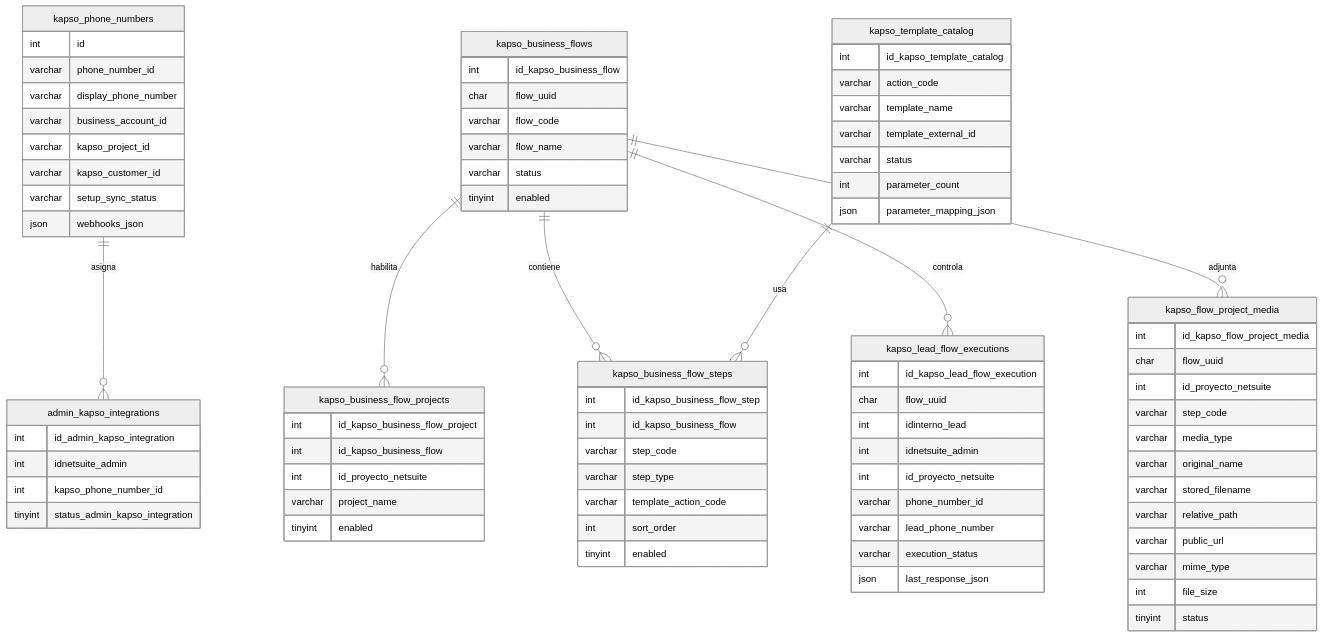
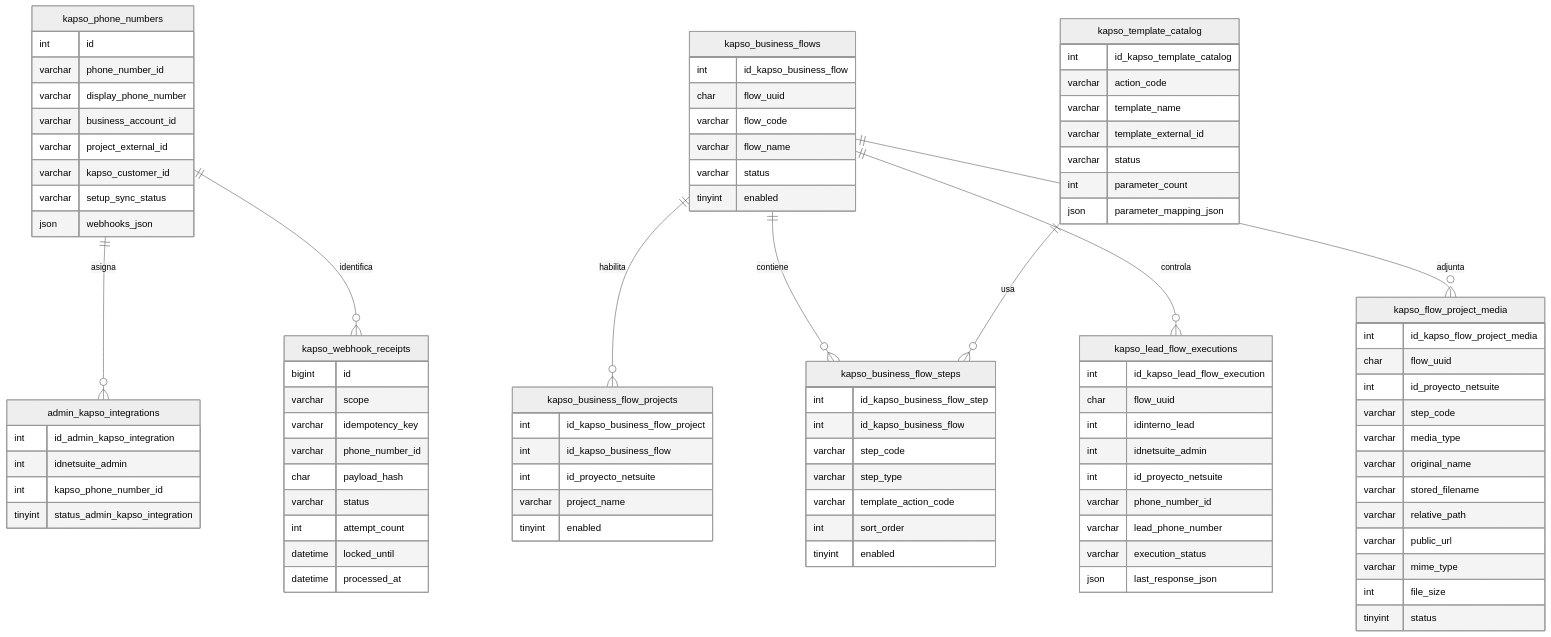
Before and after one commit to roccacr/CRM_VENTAS: diagram 12 of 18 in README.md, drawn with Mermaid (neutral theme). The commit also changed other lines of this file and 71 other files, not shown here.

```diff
--- a/README.md
+++ b/README.md
@@ -560,16 +848,29 @@
   kapso_template_catalog ||--o{ kapso_business_flow_steps : usa
   kapso_business_flows ||--o{ kapso_lead_flow_executions : controla
   kapso_business_flows ||--o{ kapso_flow_project_media : adjunta
+  kapso_phone_numbers ||--o{ kapso_webhook_receipts : identifica
 
   kapso_phone_numbers {
     int id
     varchar phone_number_id
     varchar display_phone_number
     varchar business_account_id
-    varchar kapso_project_id
+    varchar project_external_id
     varchar kapso_customer_id
     varchar setup_sync_status
     json webhooks_json
+  }
+
+  kapso_webhook_receipts {
+    bigint id
+    varchar scope
+    varchar idempotency_key
+    varchar phone_number_id
+    char payload_hash
+    varchar status
+    int attempt_count
+    datetime locked_until
+    datetime processed_at
   }
 
   admin_kapso_integrations {
```
